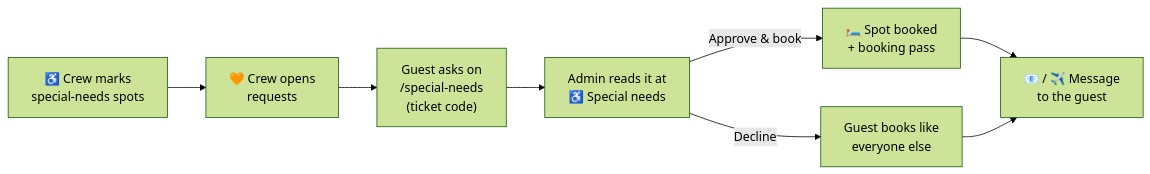
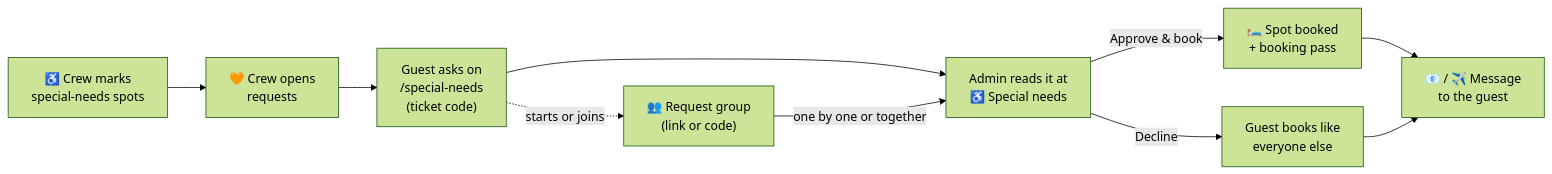
Before and after one commit to MorpheusMXML/hamburn-cozynights: the diagram in docs/admin/special-needs.md, drawn with Mermaid (forest theme). The commit also changed other lines of this file and 20 other files, not shown here.

````diff
--- a/docs/admin/special-needs.md
+++ b/docs/admin/special-needs.md
@@ -7,10 +7,12 @@
 ```mermaid
 flowchart LR
   mark["♿ Crew marks<br/>special-needs spots"] --> open["🧡 Crew opens<br/>requests"]
   open --> ask["Guest asks on<br/>/special-needs<br/>(ticket code)"]
+  ask -.->|starts or joins| group["👥 Request group<br/>(link or code)"]
   ask --> review["Admin reads it at<br/>♿ Special needs"]
+  group -->|one by one or together| review
   review -->|Approve & book| booked["🛏️ Spot booked<br/>+ booking pass"]
   review -->|Decline| declined["Guest books like<br/>everyone else"]
   booked --> msg["📧 / ✈️ Message<br/>to the guest"]
   declined --> msg
 ```
````
